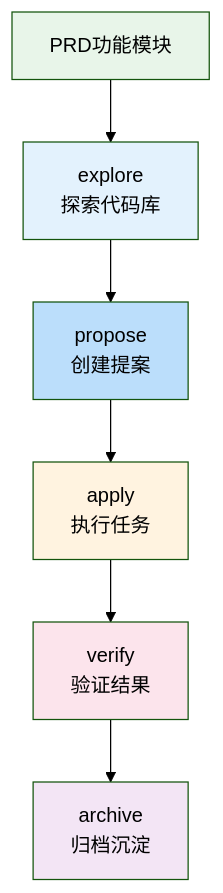
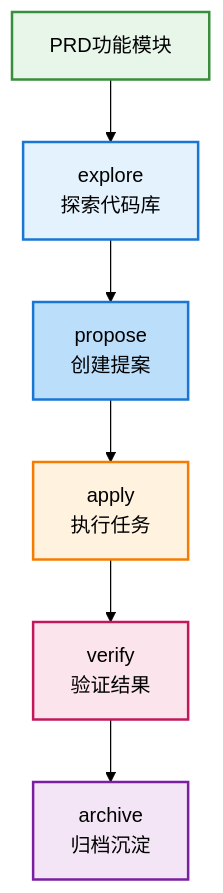
Before and after one commit to eliduty/slide: the diagram in presentations/ai-coding/slides/practice/04-development.md, drawn with Mermaid (forest theme). The commit also changed other lines of this file and 13 other files, not shown here.

````diff
--- a/presentations/ai-coding/slides/practice/04-development.md
+++ b/presentations/ai-coding/slides/practice/04-development.md
@@ -5,15 +7,15 @@
-```mermaid {scale: 0.6}
+```mermaid
 graph TB
     A[PRD功能模块] --> B[explore<br/>探索代码库]
     B --> C[propose<br/>创建提案]
     C --> D[apply<br/>执行任务]
     D --> E[verify<br/>验证结果]
     E --> F[archive<br/>归档沉淀]
 
-    style A fill:#e8f5e9
-    style B fill:#e3f2fd
-    style C fill:#bbdefb
-    style D fill:#fff3e0
-    style E fill:#fce4ec
-    style F fill:#f3e5f5
+    style A fill:#e8f5e9,stroke:#388e3c,stroke-width:2px
+    style B fill:#e3f2fd,stroke:#1976d2,stroke-width:2px
+    style C fill:#bbdefb,stroke:#1976d2,stroke-width:2px
+    style D fill:#fff3e0,stroke:#f57c00,stroke-width:2px
+    style E fill:#fce4ec,stroke:#c2185b,stroke-width:2px
+    style F fill:#f3e5f5,stroke:#7b1fa2,stroke-width:2px
 ```
````
